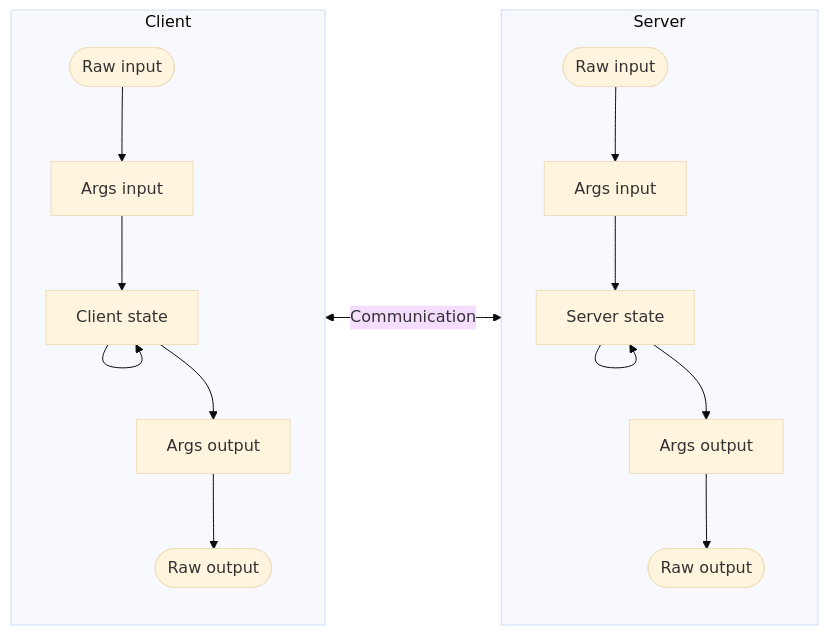
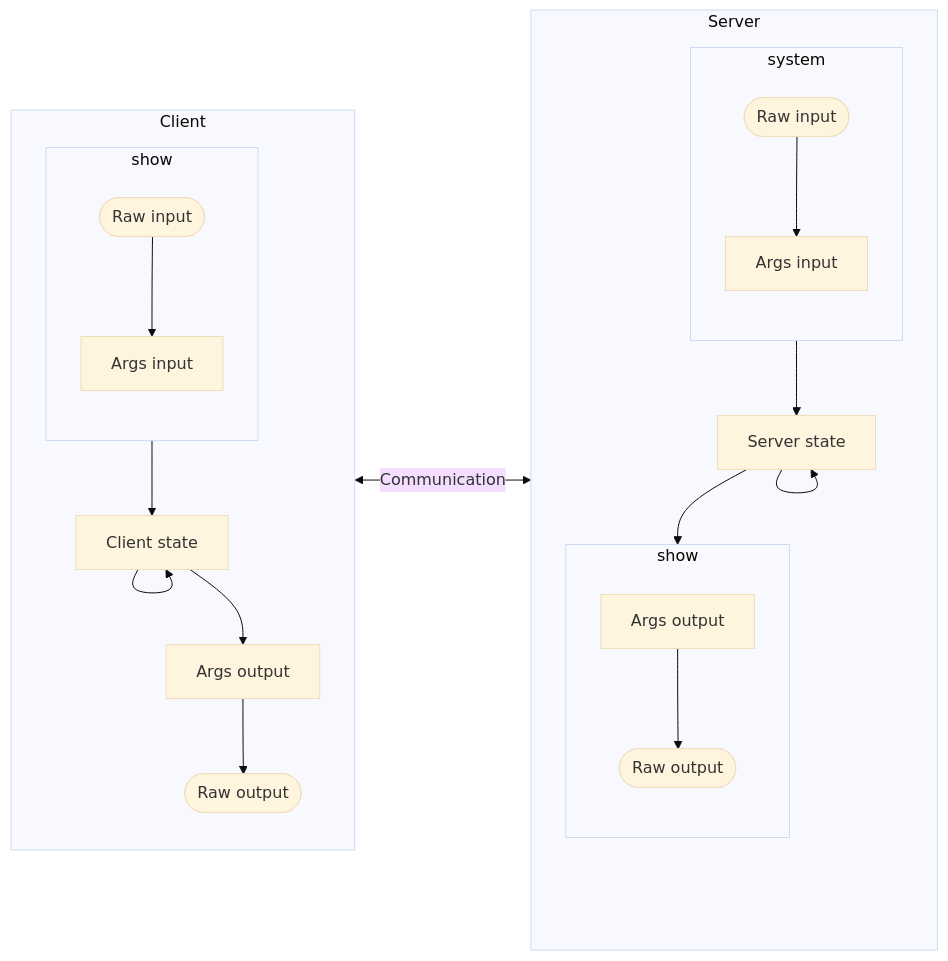
One commit to cpuabuse/dungeon-together changed the diagram in docs/conversion.md. Above: the diagram before and after it, drawn with Mermaid (base theme). The commit also changed other lines of this file and 7 other files, not shown here.

````diff
--- a/docs/conversion.md
+++ b/docs/conversion.md
@@ -5,35 +19,44 @@
 ```mermaid
 flowchart LR
 	subgraph server[Server]
-		server_input_raw([Raw input])
-		server_input_args[Args input]
+		subgraph server_system[system]
+			direction TB
+			server_input_raw([Raw input])
+			server_input_args[Args input]
+		end
 		server_comms[Server state]
-		server_output_args[Args output]
-		server_output_raw([Raw output])
+		subgraph server_show[show]
+			direction TB
+			server_output_args[Args output]
+			server_output_raw([Raw output])
+		end
 
 		%% Server relationships
 		server_comms --> server_comms
 		server_input_raw --> server_input_args
-		server_input_args --> server_comms
-		server_comms --> server_output_args
+		server_system --> server_comms
+		server_comms --> server_show
 		server_output_args --> server_output_raw
 	end
 
 	subgraph client[Client]
-		client_input_raw([Raw input])
-		client_input_args[Args input]
+		subgraph client_show[show]
+			direction TB
+			client_input_raw([Raw input])
+			client_input_args[Args input]
+		end
 		client_comms[Client state]
 		client_output_args[Args output]
 		client_output_raw([Raw output])
 
 		%% Client relationships
 		client_comms --> client_comms
 		client_input_raw --> client_input_args
-		client_input_args --> client_comms
+		client_show --> client_comms
 		client_comms --> client_output_args
 		client_output_args --> client_output_raw
 	end
 
 	%% Top-level relationships
 	client <-- Communication --> server
 ```
````
